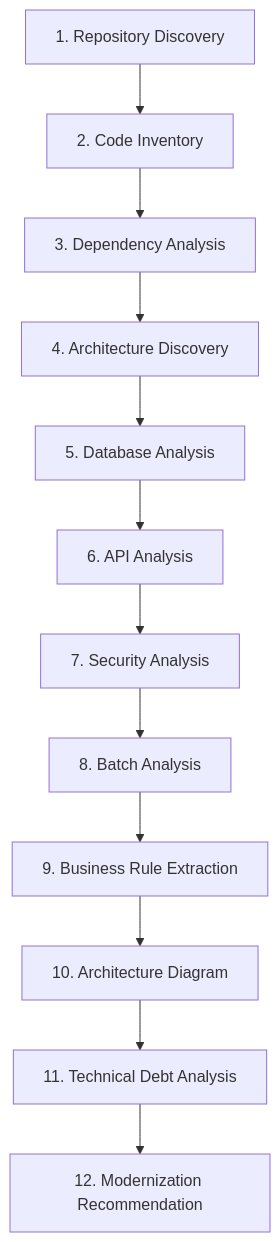
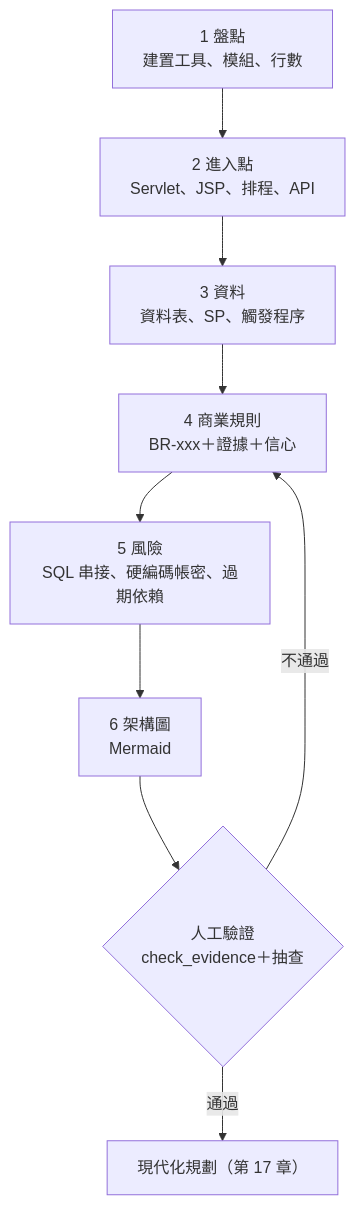
Diagram 11 of 18 in content/posts/教學/AI開發/awesome-copilot教學手冊.md (chihhung/Blog), drawn with Mermaid before and after one commit. The commit also changed other lines of this file and 1 other file, not shown here.

````diff
--- a/content/posts/教學/AI開發/awesome-copilot教學手冊.md
+++ b/content/posts/教學/AI開發/awesome-copilot教學手冊.md
@@ -3258,14 +3482,11 @@
 ```mermaid
-graph TB
-    S1["1. Repository Discovery"] --> S2["2. Code Inventory"]
-    S2 --> S3["3. Dependency Analysis"]
-    S3 --> S4["4. Architecture Discovery"]
-    S4 --> S5["5. Database Analysis"]
-    S5 --> S6["6. API Analysis"]
-    S6 --> S7["7. Security Analysis"]
-    S7 --> S8["8. Batch Analysis"]
-    S8 --> S9["9. Business Rule Extraction"]
-    S9 --> S10["10. Architecture Diagram"]
-    S10 --> S11["11. Technical Debt Analysis"]
-    S11 --> S12["12. Modernization Recommendation"]
+flowchart TB
+    S1["1 盤點<br/>建置工具、模組、行數"] --> S2["2 進入點<br/>Servlet、JSP、排程、API"]
+    S2 --> S3["3 資料<br/>資料表、SP、觸發程序"]
+    S3 --> S4["4 商業規則<br/>BR-xxx＋證據＋信心"]
+    S4 --> S5["5 風險<br/>SQL 串接、硬編碼帳密、過期依賴"]
+    S5 --> S6["6 架構圖<br/>Mermaid"]
+    S6 --> V{"人工驗證<br/>check_evidence＋抽查"}
+    V -- "不通過" --> S4
+    V -- "通過" --> R["現代化規劃（第 17 章）"]
 ```
````
